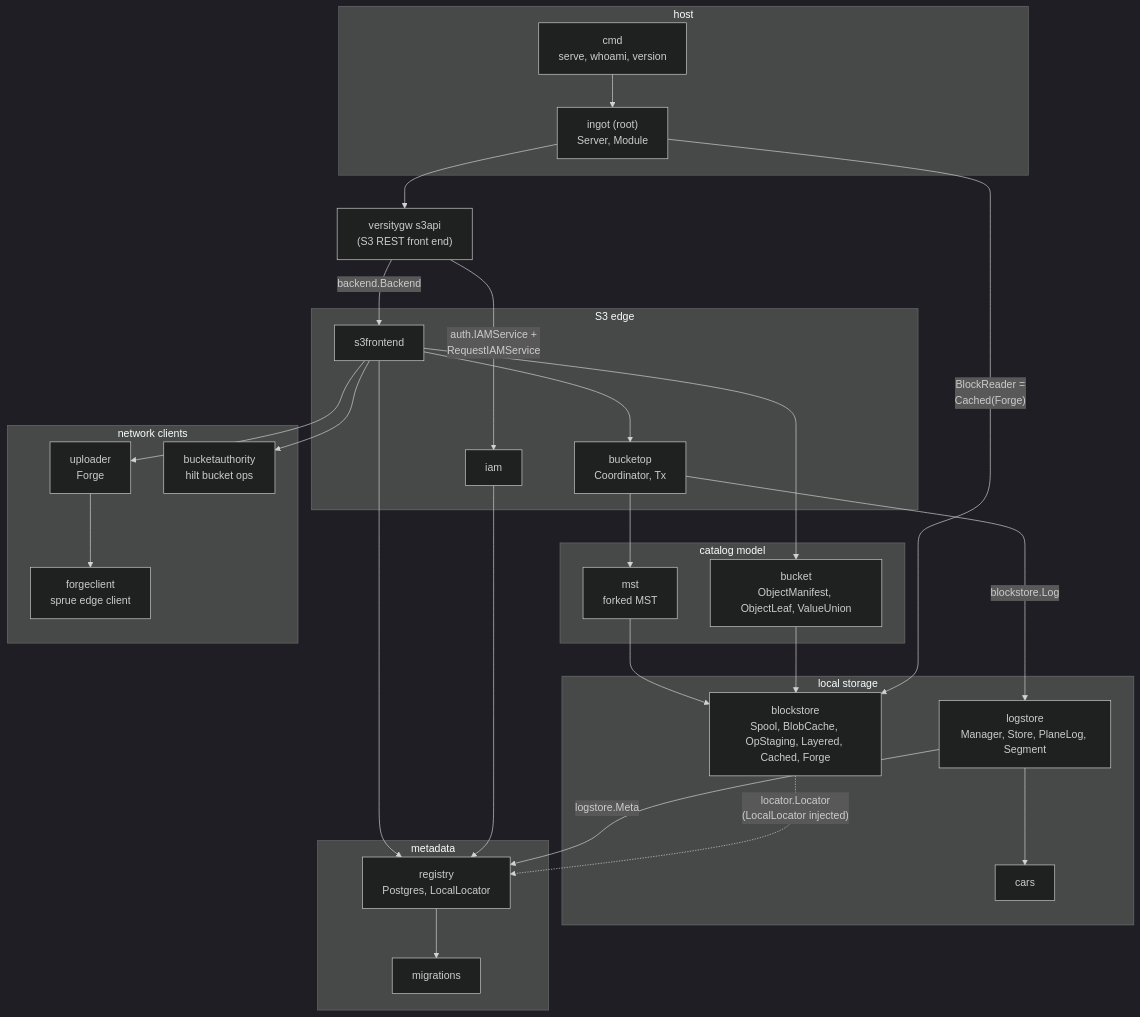
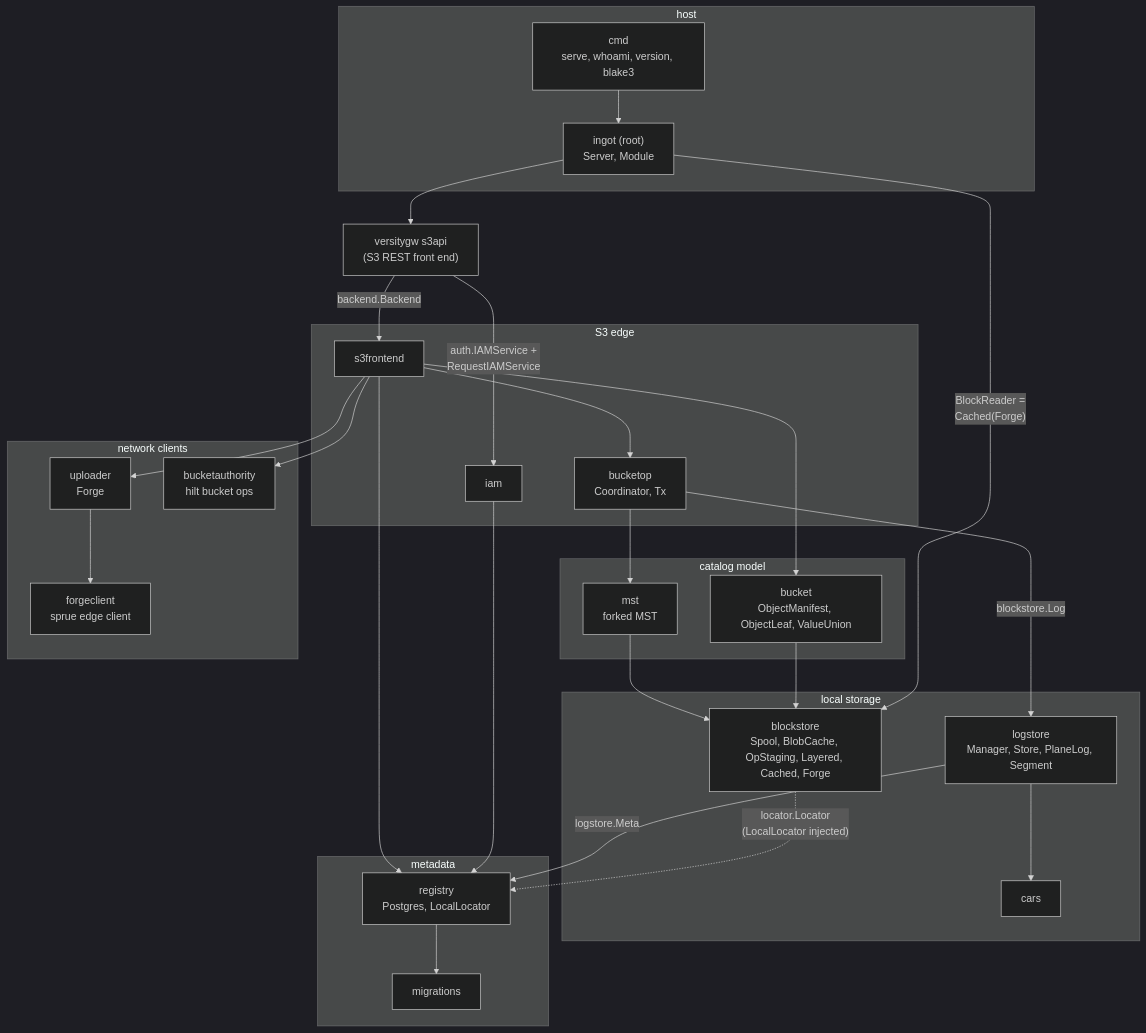
One commit to fil-forge/ingot changed the second of 14 diagrams in docs/diagrams.md. Above: the diagram before and after it, drawn with Mermaid (dark theme). The commit also changed 8 other files, not shown here.

````diff
--- a/docs/diagrams.md
+++ b/docs/diagrams.md
@@ -92,58 +92,58 @@
 ```mermaid
 flowchart TB
     vgw["versitygw s3api<br/>(S3 REST front end)"]
 
     subgraph edge["S3 edge"]
         s3f["s3frontend"]
         iam["iam"]
         bop["bucketop<br/>Coordinator, Tx"]
     end
 
     subgraph model["catalog model"]
         bkt["bucket<br/>ObjectManifest, ObjectLeaf, ValueUnion"]
         mst["mst<br/>forked MST"]
     end
 
     subgraph store["local storage"]
         bs["blockstore<br/>Spool, BlobCache, OpStaging, Layered, Cached, Forge"]
         ls["logstore<br/>Manager, Store, PlaneLog, Segment"]
         cars["cars"]
     end
 
     subgraph meta["metadata"]
         reg["registry<br/>Postgres, LocalLocator"]
         mig["migrations"]
     end
 
     subgraph net["network clients"]
         up["uploader<br/>Forge"]
         fc["forgeclient<br/>sprue edge client"]
         ba["bucketauthority<br/>hilt bucket ops"]
     end
 
     subgraph host["host"]
         root["ingot (root)<br/>Server, Module"]
-        cmd["cmd<br/>serve, whoami, version"]
+        cmd["cmd<br/>serve, whoami, version, blake3"]
     end
 
     vgw -->|"backend.Backend"| s3f
     vgw -->|"auth.IAMService +<br/>RequestIAMService"| iam
     s3f --> bop
     s3f --> bkt
     s3f --> reg
     s3f --> up
     s3f --> ba
     bop -->|"blockstore.Log"| ls
     bop --> mst
     mst --> bs
     bkt --> bs
     ls --> cars
     ls -->|"logstore.Meta"| reg
     bs -.->|"locator.Locator<br/>(LocalLocator injected)"| reg
     up --> fc
     iam --> reg
     reg --> mig
     cmd --> root
     root --> vgw
     root -->|"BlockReader =<br/>Cached(Forge)"| bs
 ```
````
